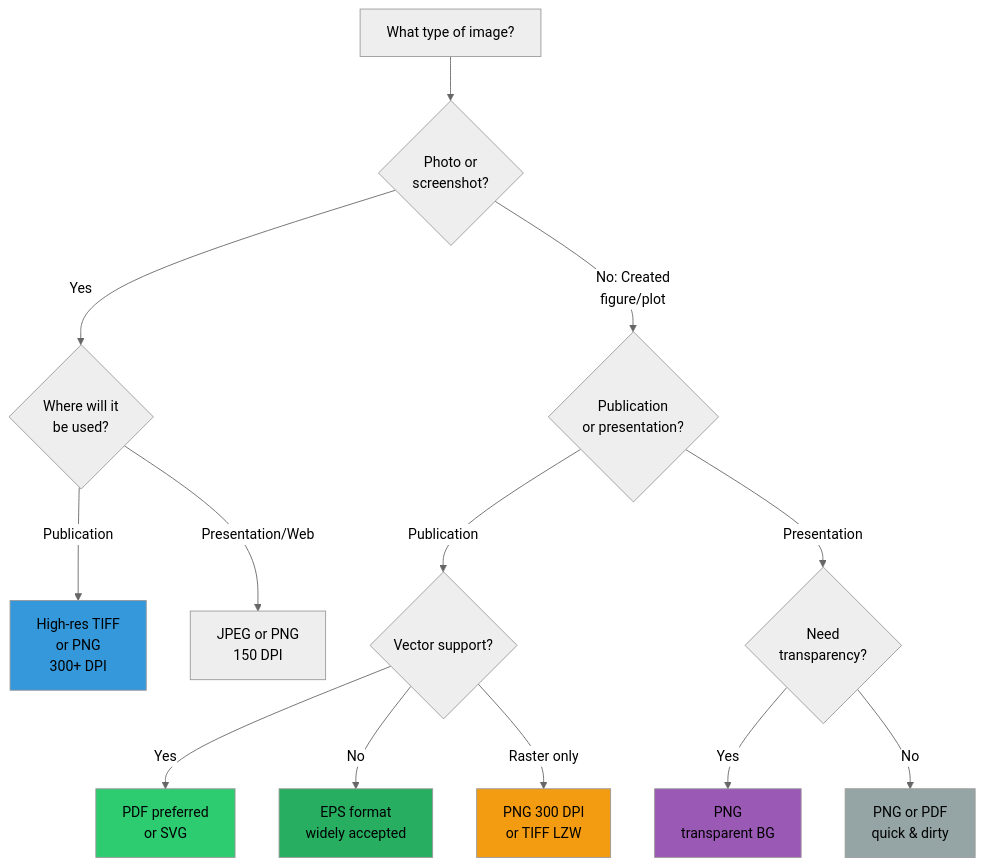
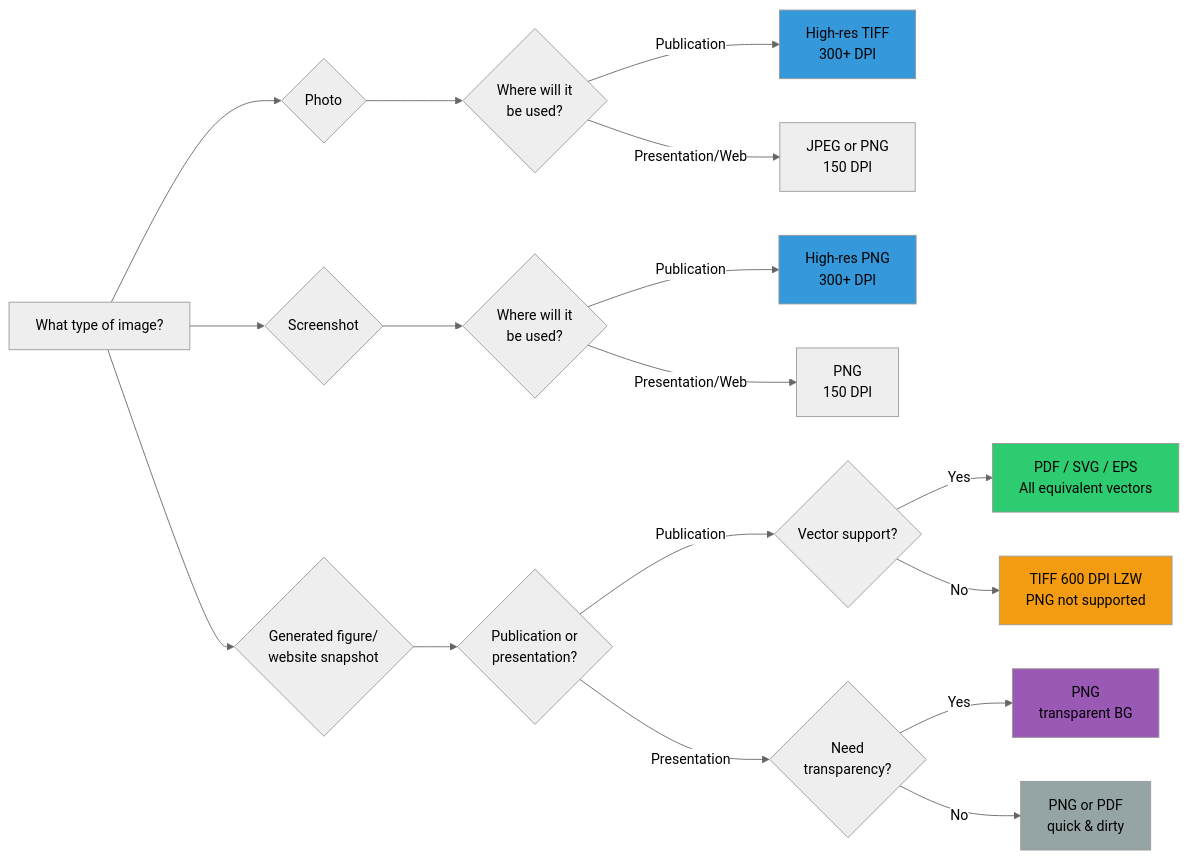
The diagram in topics/01_formats.qmd (stanstrup/figure_presentation), drawn with Mermaid (neutral theme) before and after one commit.

Commit message:
Update mermaid flowchart: improve format decision tree
- Changed from vertical (TD) to horizontal (LR) layout for better readability
- Split first decision into 3 categories: Photo, Screenshot, Generated figure/website snapshot
- Unified vector formats: PDF/SVG/EPS shown as equivalent options
- Updated raster fallback: 600 DPI TIFF LZW when PNG not supported
- Clearer separation between photo workflows and generated figure workflows

````diff
--- a/topics/01_formats.qmd
+++ b/topics/01_formats.qmd
@@ -240,27 +240,32 @@
 ```{mermaid}
 %%| fig-width: 10
-flowchart TD
-    A[What type of image?] --> B{Photo or<br/>screenshot?}
-    B -->|Yes| C{Where will it<br/>be used?}
-    B -->|No: Created<br/>figure/plot| D{Publication<br/>or presentation?}
+flowchart LR
+    A[What type of image?] --> B{Photo}
+    A --> C{Screenshot}
+    A --> D{Generated figure/<br/>website snapshot}
 
-    C -->|Publication| E[High-res TIFF<br/>or PNG<br/>300+ DPI]
-    C -->|Presentation/Web| F[JPEG or PNG<br/>150 DPI]
+    B --> B1{Where will it<br/>be used?}
+    B1 -->|Publication| B2[High-res TIFF<br/>300+ DPI]
+    B1 -->|Presentation/Web| B3[JPEG or PNG<br/>150 DPI]
 
-    D -->|Publication| G{Vector support?}
-    D -->|Presentation| H{Need<br/>transparency?}
+    C --> C1{Where will it<br/>be used?}
+    C1 -->|Publication| C2[High-res PNG<br/>300+ DPI]
+    C1 -->|Presentation/Web| C3[PNG<br/>150 DPI]
 
-    G -->|Yes| I[PDF preferred<br/>or SVG]
-    G -->|No| J[EPS format<br/>widely accepted]
-    G -->|Raster only| K[PNG 300 DPI<br/>or TIFF LZW]
+    D --> D1{Publication or<br/>presentation?}
+    D1 -->|Publication| D2{Vector support?}
+    D1 -->|Presentation| D3{Need<br/>transparency?}
 
-    H -->|Yes| L[PNG<br/>transparent BG]
-    H -->|No| M[PNG or PDF<br/>quick & dirty]
+    D2 -->|Yes| D4[PDF / SVG / EPS<br/>All equivalent vectors]
+    D2 -->|No| D5[TIFF 600 DPI LZW<br/>PNG not supported]
 
-    style I fill:#2ecc71
-    style J fill:#27ae60
-    style K fill:#f39c12
-    style E fill:#3498db
-    style L fill:#9b59b6
-    style M fill:#95a5a6
+    D3 -->|Yes| D6[PNG<br/>transparent BG]
+    D3 -->|No| D7[PNG or PDF<br/>quick & dirty]
+
+    style D4 fill:#2ecc71
+    style D5 fill:#f39c12
+    style D6 fill:#9b59b6
+    style D7 fill:#95a5a6
+    style B2 fill:#3498db
+    style C2 fill:#3498db
 ```
````
